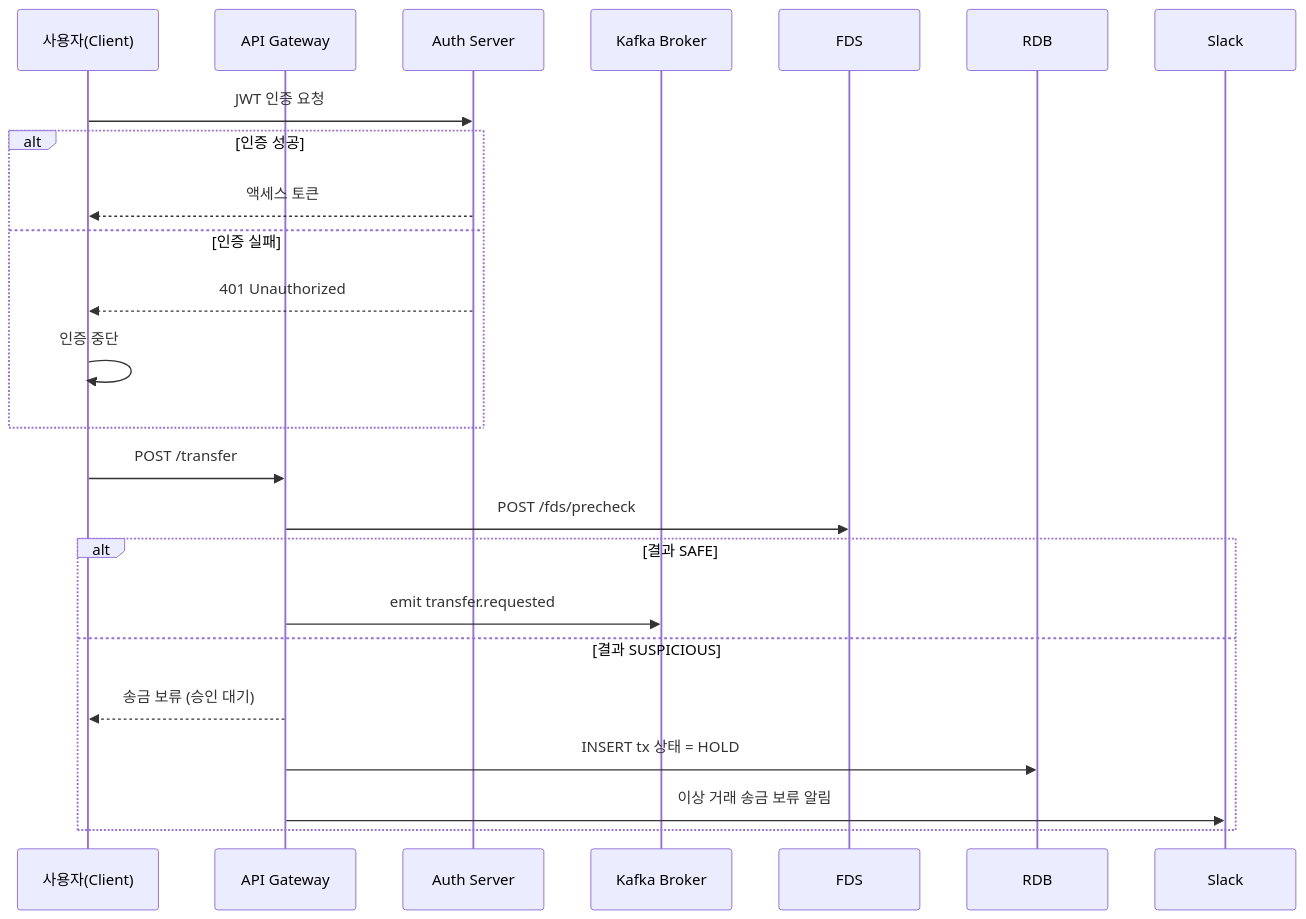
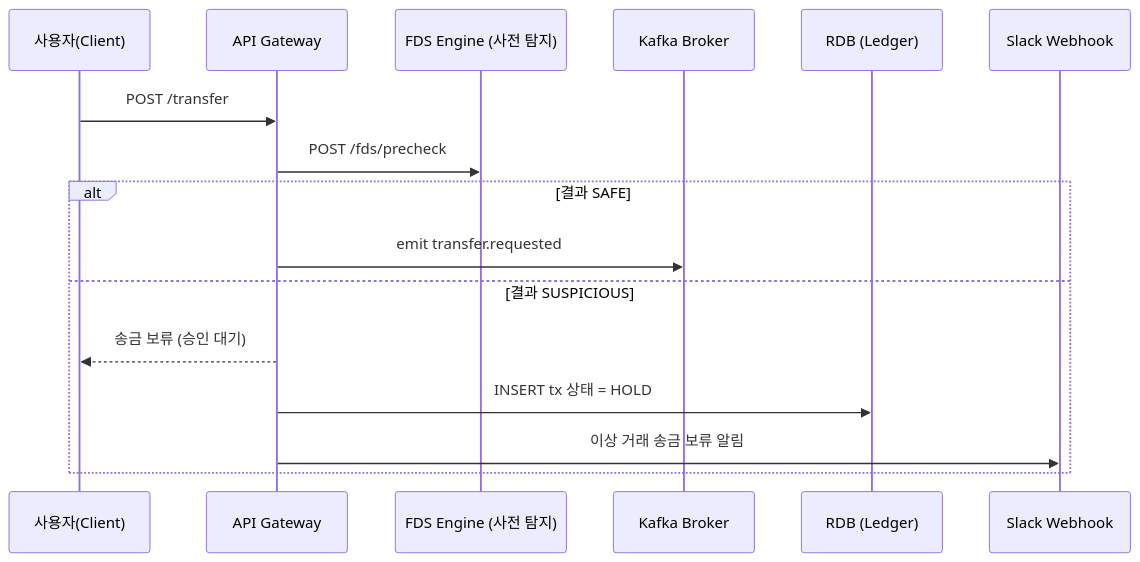
One commit to hyungkishin/FDS-System changed the second of 7 diagrams in GUIDE.md. Above: the diagram before and after it, drawn with Mermaid. The commit also changed other lines of this file, not shown here.

Commit message:
refactor: 시퀀스 다이어그램 단계별 분리

````diff
--- a/GUIDE.md
+++ b/GUIDE.md
@@ -25,28 +40,19 @@
 ```mermaid
 sequenceDiagram
     participant Client as 사용자(Client)
     participant API as API Gateway
-    participant Auth as Auth Server
+    participant FDS as FDS Engine (사전 탐지)
     participant Kafka as Kafka Broker
+    participant RDB as RDB (Ledger)
+    participant Slack as Slack Webhook
 
-    %% 인증
-    Client->>Auth: JWT 인증 요청
-    alt 인증 성공
-        Auth-->>Client: 액세스 토큰
-    else 인증 실패
-        Auth-->>Client: 401 Unauthorized
-        Client->>Client: 인증 중단
-    end
-
-    %% 송금 요청 → Kafka 전파
     Client->>API: POST /transfer
     API->>FDS: POST /fds/precheck
     alt 결과 SAFE
         API->>Kafka: emit transfer.requested
     else 결과 SUSPICIOUS
         API-->>Client: 송금 보류 (승인 대기)
         API->>RDB: INSERT tx 상태 = HOLD
         API->>Slack: 이상 거래 송금 보류 알림
     end
-
 ```
````
